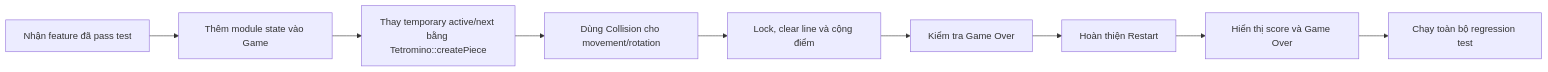
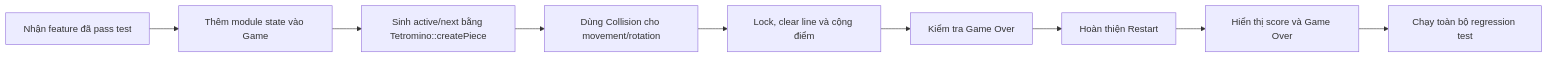
Before and after one commit to UIT-nhom-01/SS004-Tetris-01: the diagram in docs/feature-guides/README.md, drawn with Mermaid. The commit also changed other lines of this file and 9 other files, not shown here.

Commit message:
feat(integration): connect complete gameplay flow

````diff
--- a/docs/feature-guides/README.md
+++ b/docs/feature-guides/README.md
@@ -352,11 +352,11 @@
 ```mermaid
 flowchart LR
     Receive["Nhận feature đã pass test"] --> Construct["Thêm module state vào Game"]
-    Construct --> Spawn["Thay temporary active/next bằng Tetromino::createPiece"]
+    Construct --> Spawn["Sinh active/next bằng Tetromino::createPiece"]
     Spawn --> Move["Dùng Collision cho movement/rotation"]
     Move --> Lock["Lock, clear line và cộng điểm"]
     Lock --> State["Kiểm tra Game Over"]
     State --> Restart["Hoàn thiện Restart"]
     Restart --> Render["Hiển thị score và Game Over"]
     Render --> Regression["Chạy toàn bộ regression test"]
 ```
````
